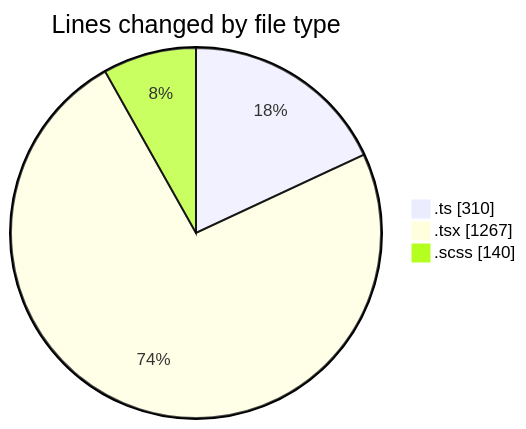
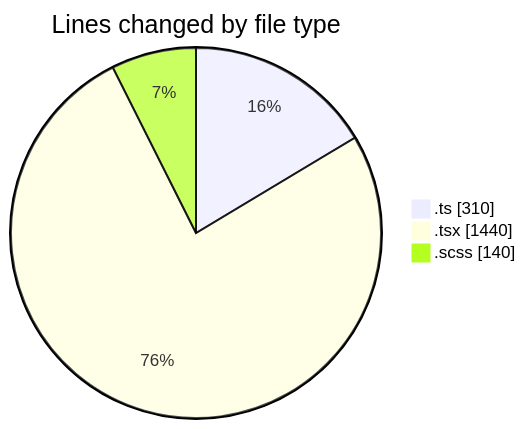
One commit to momahboobian/code-tracking changed the first of 2 diagrams in 2026-09-09/cda/README.md. Above: the diagram before and after it, drawn with Mermaid. The commit also changed other lines of this file and 1 other file, not shown here.

````diff
--- a/2026-09-09/cda/README.md
+++ b/2026-09-09/cda/README.md
@@ -35,7 +37,7 @@
 ```mermaid
 pie showData
 title Lines changed by file type
 ".ts" : 310
-".tsx" : 1267
+".tsx" : 1440
 ".scss" : 140
 ```
````
